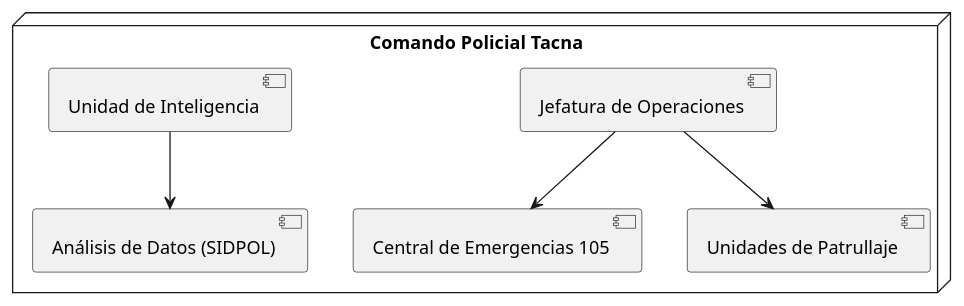
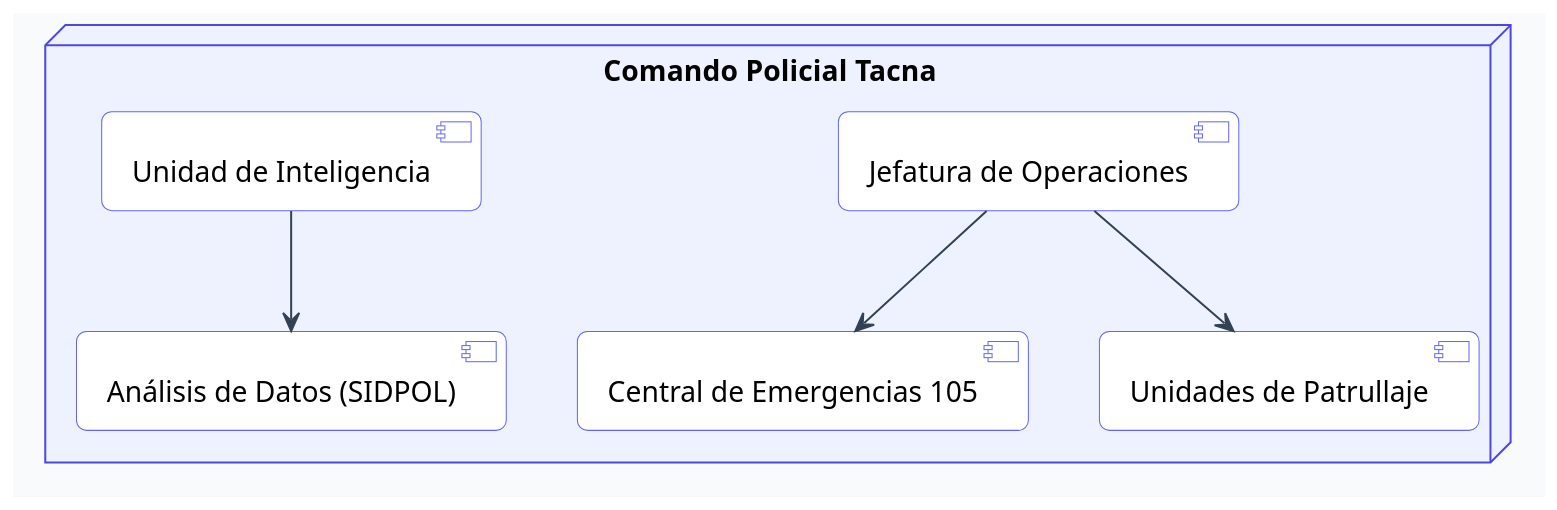
The first of 8 diagrams in docs/FD03-EPIS-Informe SRS de Proyecto.md (pieroalexanderppc/sgeo_pp), drawn with PlantUML before and after one commit. The commit also changed other lines of this file and 15 other files, not shown here.

````diff
--- a/docs/FD03-EPIS-Informe SRS de Proyecto.md
+++ b/docs/FD03-EPIS-Informe SRS de Proyecto.md
@@ -67,11 +67,19 @@
 ```plantuml
 @startuml
-skinparam handwritten false
-skinparam monochrome true
+skinparam shadowing false
+skinparam roundcorner 10
+skinparam dpi 150
+skinparam defaultFontName Segoe UI
+skinparam backgroundColor #F8FAFC
+skinparam ArrowColor #334155
+skinparam NodeBackgroundColor #EEF2FF
+skinparam NodeBorderColor #4F46E5
+skinparam ComponentBackgroundColor #FFFFFF
+skinparam ComponentBorderColor #6366F1
 node "Comando Policial Tacna" {
   [Jefatura de Operaciones] --> [Central de Emergencias 105]
   [Jefatura de Operaciones] --> [Unidades de Patrullaje]
   [Unidad de Inteligencia] --> [Análisis de Datos (SIDPOL)]
 }
 @enduml
 ```
````
